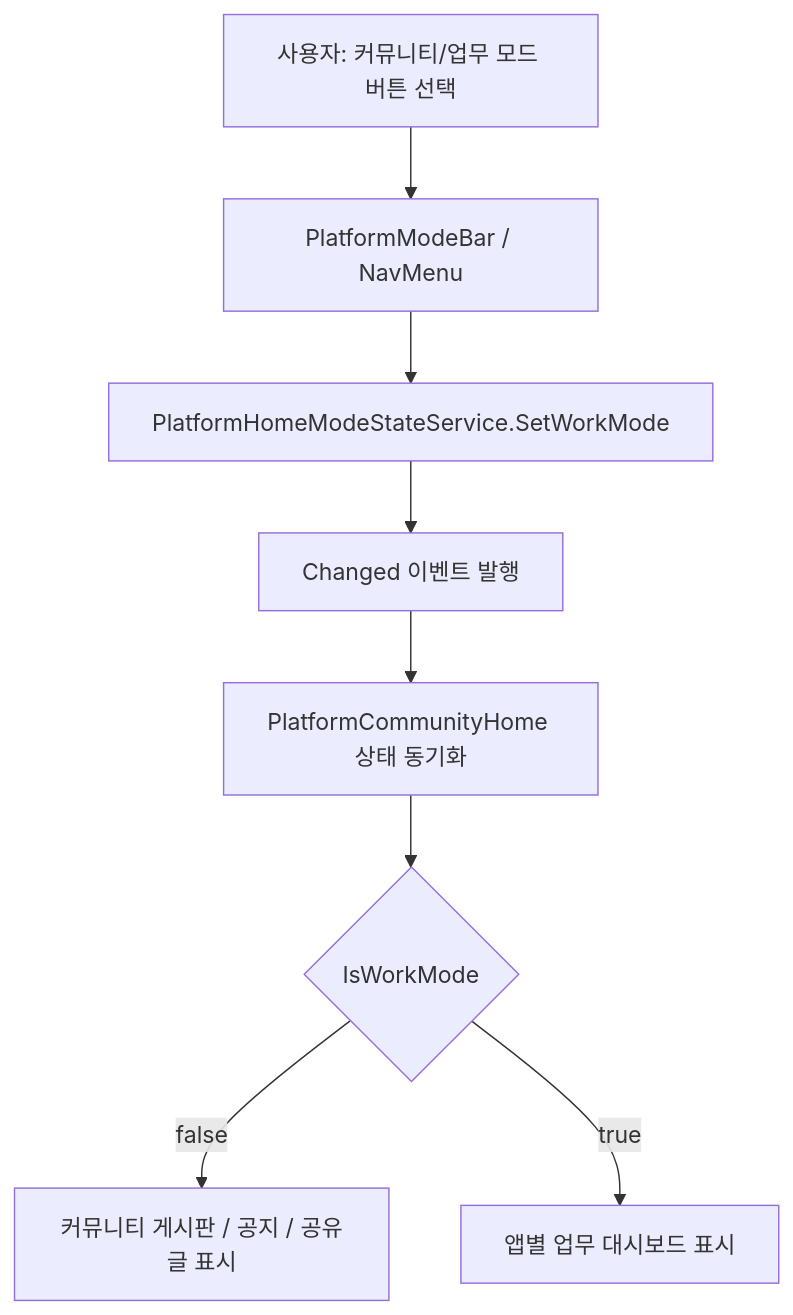
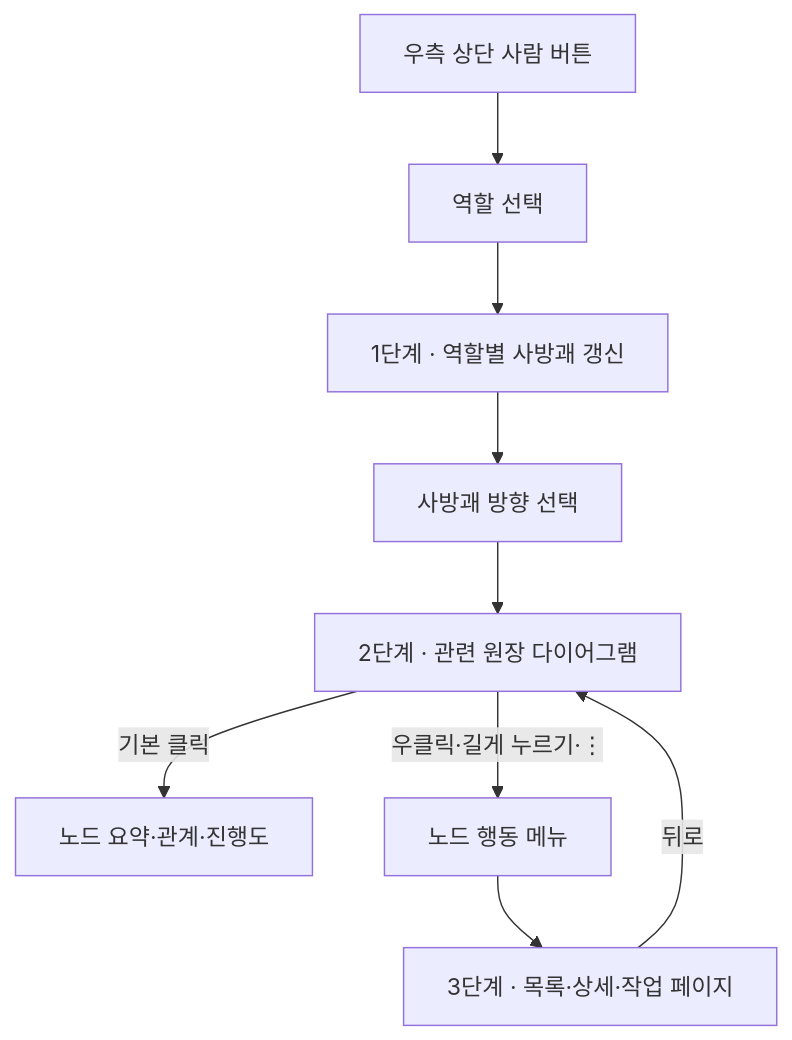
One commit to cheolwo/hongdal changed the first of 4 diagrams in docs/ProjectOverview/screen-flows.md. Above: the diagram before and after it, drawn with Mermaid. The commit also changed other lines of this file and 36 other files, not shown here.

````diff
--- a/docs/ProjectOverview/screen-flows.md
+++ b/docs/ProjectOverview/screen-flows.md
@@ -9,10 +9,11 @@
 ```mermaid
 flowchart TD
-    A["사용자: 커뮤니티/업무 모드 버튼 선택"] --> B["PlatformModeBar / NavMenu"]
-    B --> C["PlatformHomeModeStateService.SetWorkMode"]
-    C --> D["Changed 이벤트 발행"]
-    D --> E["PlatformCommunityHome 상태 동기화"]
-    E --> F{"IsWorkMode"}
-    F -->|false| G["커뮤니티 게시판 / 공지 / 공유글 표시"]
-    F -->|true| H["앱별 업무 대시보드 표시"]
+    A["우측 상단 사람 버튼"] --> B["역할 선택"]
+    B --> C["1단계 · 역할별 사방괘 갱신"]
+    C --> D["사방괘 방향 선택"]
+    D --> E["2단계 · 관련 원장 다이어그램"]
+    E -->|기본 클릭| F["노드 요약·관계·진행도"]
+    E -->|우클릭·길게 누르기·⋮| G["노드 행동 메뉴"]
+    G --> H["3단계 · 목록·상세·작업 페이지"]
+    H -->|뒤로| E
 ```
````
